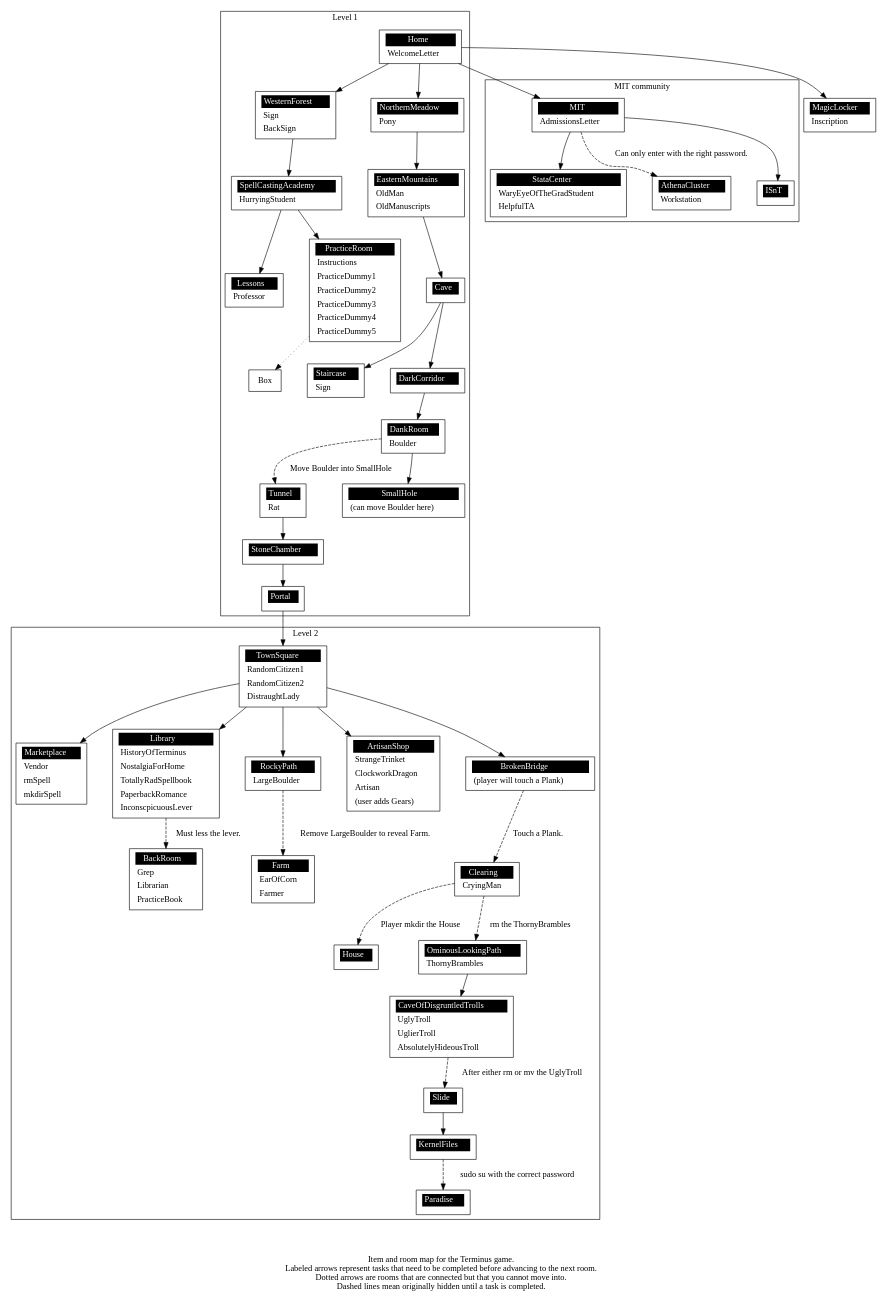
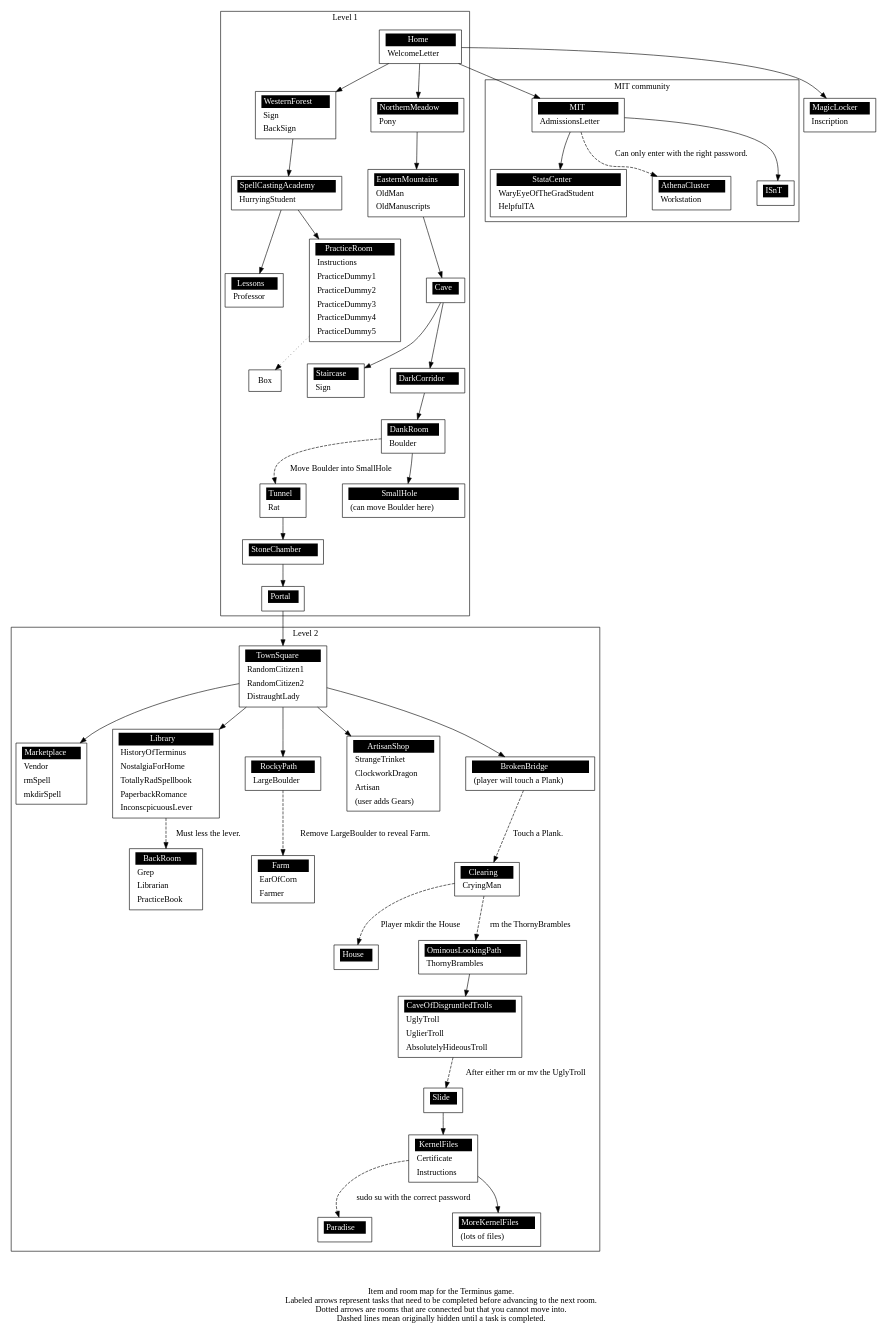
One commit to mprat/Terminus changed the diagram in docs/level_map.gv. Above: the diagram before and after it, drawn with Graphviz. The commit also changed 4 other files, not shown here.

```diff
--- a/docs/level_map.gv
+++ b/docs/level_map.gv
@@ -236,11 +236,17 @@
 	<tr><td align="left" port="r0"></td></tr>
 	</table>>];
 
-
 	"KernelFiles" [label = 
 	<<table border="0" cellborder="0" cellpadding="3" bgcolor="white"><tr>
 	<td bgcolor="black" align="center" colspan="2"><font color="white">KernelFiles</font></td></tr>
-	<tr><td align="left" port="r0"></td></tr>
+	<tr><td align="left" port="r0">Certificate</td></tr>
+	<tr><td align="left" port="r0">Instructions</td></tr>
+	</table>>];
+
+	"MoreKernelFiles" [label = 
+	<<table border="0" cellborder="0" cellpadding="3" bgcolor="white"><tr>
+	<td bgcolor="black" align="center" colspan="2"><font color="white">MoreKernelFiles</font></td></tr>
+	<tr><td align="left" port="r0">(lots of files)</td></tr>
 	</table>>];
 
 	subgraph cluster_level1{
@@ -279,6 +285,7 @@
 		"CaveOfDisgruntledTrolls" -> "Slide" [style="dashed", label="After either rm or mv the UglyTroll"];
 		"Library" -> "BackRoom" [style="dashed", label="Must less the lever."];
 		"KernelFiles" -> "Paradise" [style="dashed", label="sudo su with the correct password"];
+		"KernelFiles" -> "MoreKernelFiles";
 	}
 
 	subgraph cluster_mit{
```
